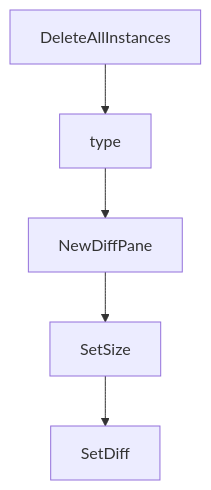
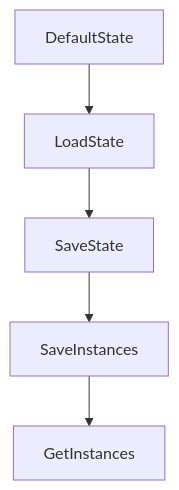
The diagram in tutorials/claude-squad-tutorial/07-configuration-and-state-management.md (johnxie/awesome-code-docs), drawn with Mermaid before and after one commit. The commit also changed other lines of this file and 1232 other files, not shown here.

````diff
--- a/tutorials/claude-squad-tutorial/07-configuration-and-state-management.md
+++ b/tutorials/claude-squad-tutorial/07-configuration-and-state-management.md
@@ -185,12 +208,12 @@
 ```mermaid
 flowchart TD
-    A[DeleteAllInstances]
-    B[type]
-    C[NewDiffPane]
-    D[SetSize]
-    E[SetDiff]
+    A[DefaultState]
+    B[LoadState]
+    C[SaveState]
+    D[SaveInstances]
+    E[GetInstances]
     A --> B
     B --> C
     C --> D
     D --> E
 ```
````
